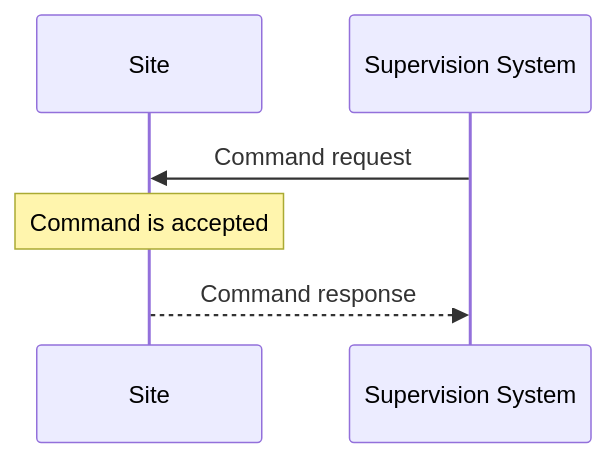
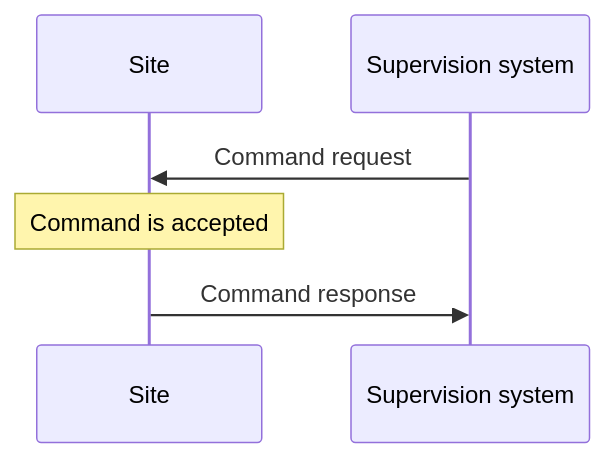
One commit to rsmp-nordic/rsmp_core changed diagram 12 of 16 in pages/applicability/basic_structure.md. Above: the diagram before and after it, drawn with Mermaid. The commit also changed other lines of this file and 25 other files, not shown here.

````diff
--- a/pages/applicability/basic_structure.md
+++ b/pages/applicability/basic_structure.md
@@ -1151,8 +1212,8 @@
 ```mermaid
 sequenceDiagram
     participant A as Site
-    participant B as Supervision System
+    participant B as Supervision system
     B->>A: Command request
     Note over A: Command is accepted
-    A-->>B: Command response
+    A->>B: Command response
 ```
````
